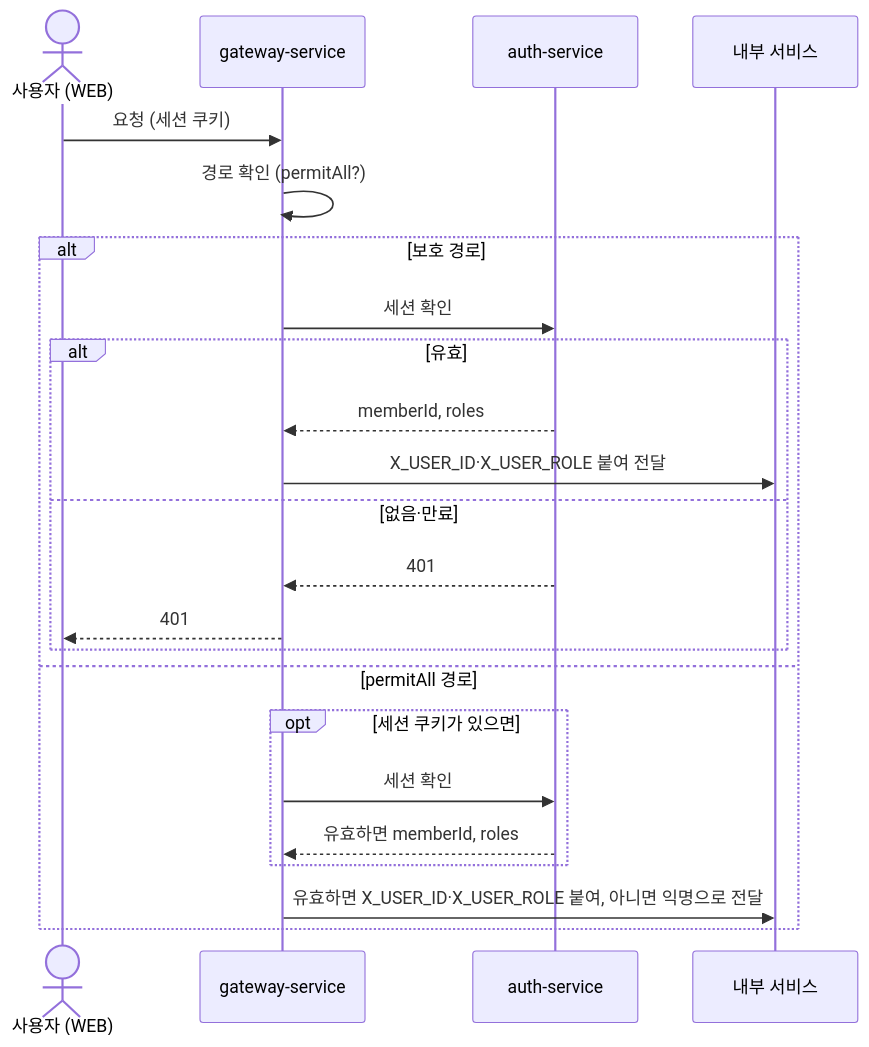
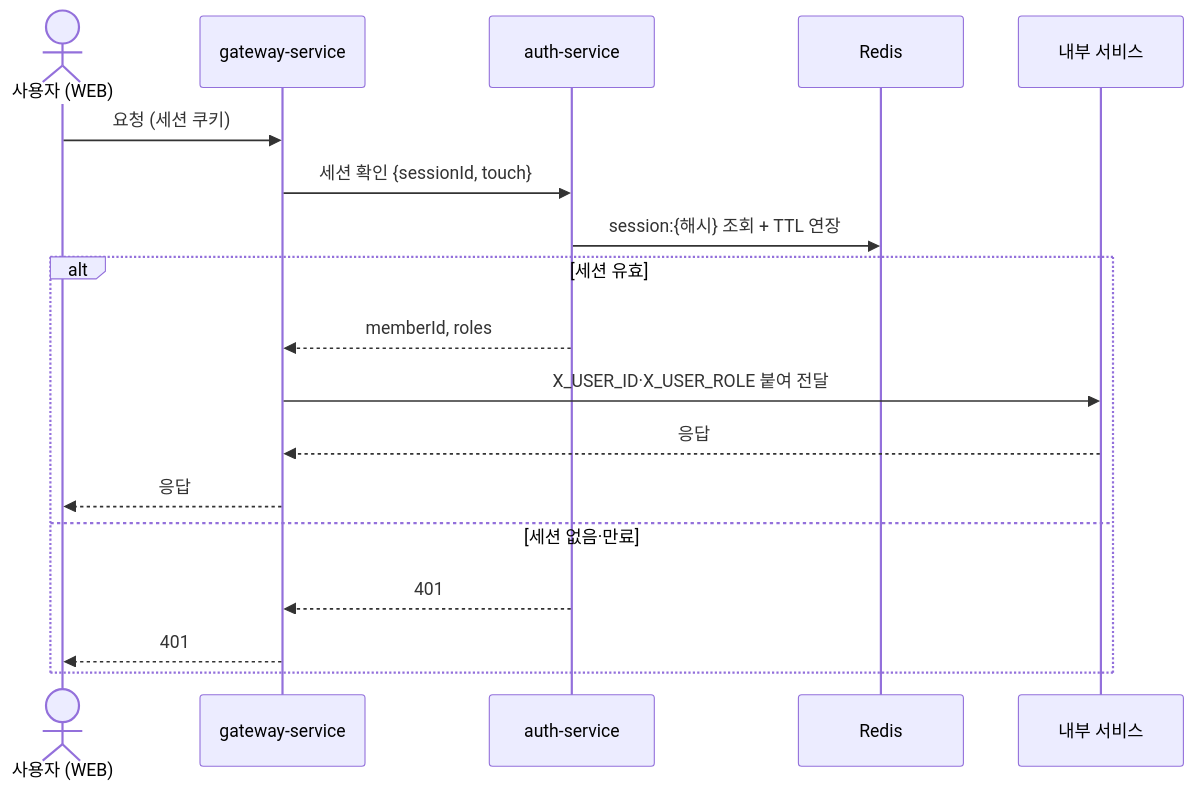
The second of 3 diagrams in .docs/spec/004-auth-spec.md (rivertw777/ModuDrive-API), drawn with Mermaid before and after one commit. The commit also changed other lines of this file and 1 other file, not shown here.

First line of the commit message:
docs: restructure the auth spec around request flows

````diff
--- a/.docs/spec/004-auth-spec.md
+++ b/.docs/spec/004-auth-spec.md
@@ -128,26 +131,21 @@
 ```mermaid
 sequenceDiagram
     actor U as 사용자 (WEB)
     participant G as gateway-service
     participant A as auth-service
+    participant R as Redis
     participant S as 내부 서비스
 
     U->>G: 요청 (세션 쿠키)
-    G->>G: 경로 확인 (permitAll?)
-    alt 보호 경로
-        G->>A: 세션 확인
-        alt 유효
-            A-->>G: memberId, roles
-            G->>S: X_USER_ID·X_USER_ROLE 붙여 전달
-        else 없음·만료
-            A-->>G: 401
-            G-->>U: 401
-        end
-    else permitAll 경로
-        opt 세션 쿠키가 있으면
-            G->>A: 세션 확인
-            A-->>G: 유효하면 memberId, roles
-        end
-        G->>S: 유효하면 X_USER_ID·X_USER_ROLE 붙여, 아니면 익명으로 전달
+    G->>A: 세션 확인 {sessionId, touch}
+    A->>R: session:{해시} 조회 + TTL 연장
+    alt 세션 유효
+        A-->>G: memberId, roles
+        G->>S: X_USER_ID·X_USER_ROLE 붙여 전달
+        S-->>G: 응답
+        G-->>U: 응답
+    else 세션 없음·만료
+        A-->>G: 401
+        G-->>U: 401
     end
 ```
````
